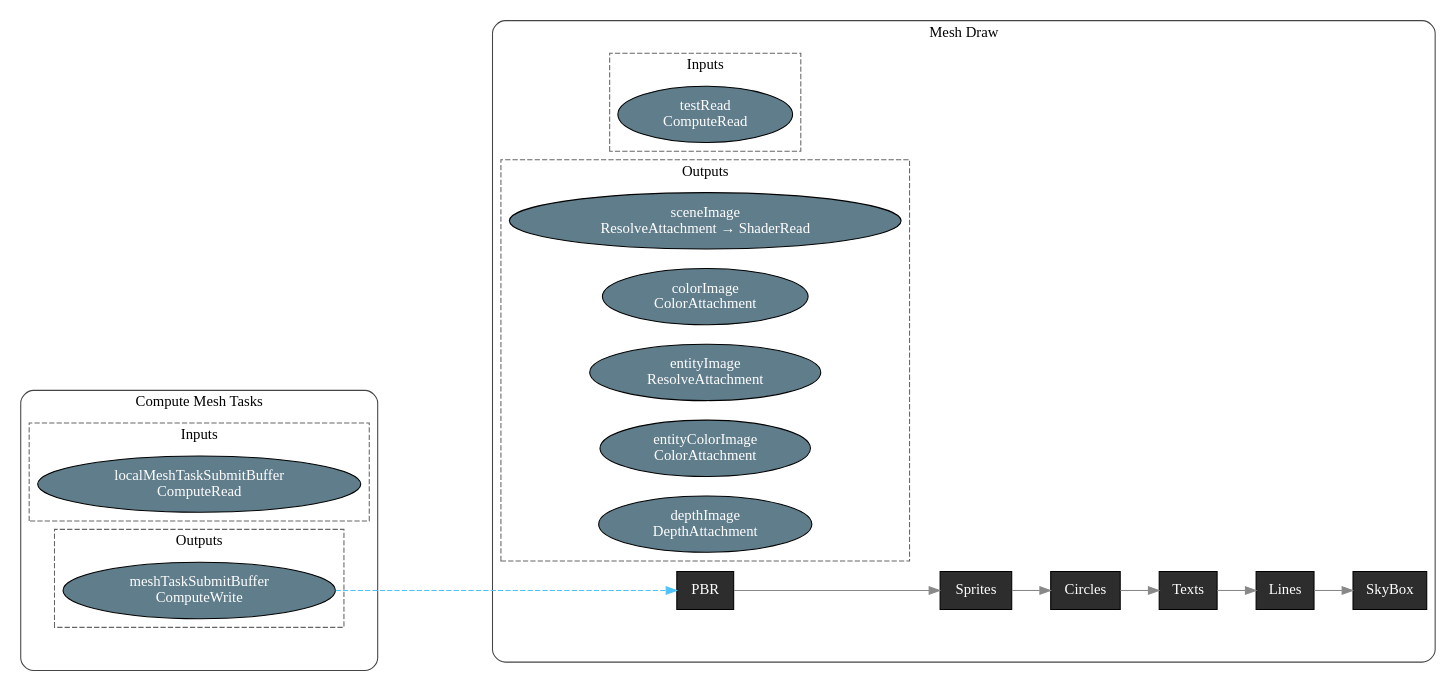
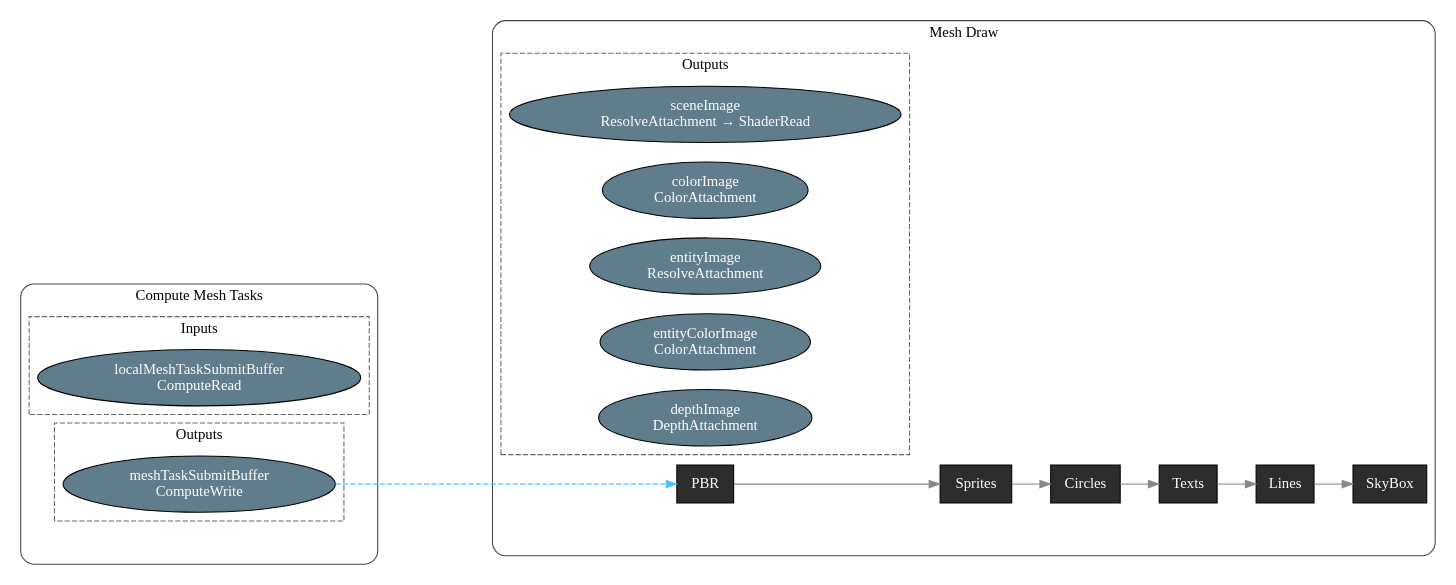
The diagram in VanK-Editor/rendergraph.dot (VanKalanchoe/VulkanTemplate), drawn with Graphviz before and after one commit. The commit also changed 9 other files, not shown here.

```diff
--- a/VanK-Editor/rendergraph.dot
+++ b/VanK-Editor/rendergraph.dot
@@ -1,63 +1,62 @@
 digraph RenderGraph {
   rankdir=LR;
   compound=true;
   node [shape=box, style="filled", fontcolor=white];
   edge [fontcolor=white];
 
   subgraph cluster_pass0 {
     label="Compute Mesh Tasks";
     style=rounded;
     color="#444444";
 
     subgraph cluster_inputs0 {
       label="Inputs";
       style=dashed;
       color="#666666";
-      res_buf2041729968224 [label="localMeshTaskSubmitBuffer\nComputeRead", shape=ellipse, fillcolor="#607D8B"];
+      res_buf1438247292304 [label="localMeshTaskSubmitBuffer\nComputeRead", shape=ellipse, fillcolor="#607D8B"];
     }
     pass0_center [label="Compute Mesh Tasks", width=0, height=0, style=invis];
     subgraph cluster_outputs0 {
       label="Outputs";
       style=dashed;
       color="#666666";
-      res_buf2041729969824 [label="meshTaskSubmitBuffer\nComputeWrite", shape=ellipse, fillcolor="#607D8B"];
+      res_buf1438247295984 [label="meshTaskSubmitBuffer\nComputeWrite", shape=ellipse, fillcolor="#607D8B"];
     }
   }
 
   subgraph cluster_pass1 {
     label="Mesh Draw";
     style=rounded;
     color="#444444";
 
     subgraph cluster_inputs1 {
       label="Inputs";
       style=dashed;
       color="#666666";
-      res_dummy2042077107384 [label="testRead\nComputeRead", shape=ellipse, fillcolor="#607D8B"];
     }
     pass1_sub0 [label="PBR", fillcolor="#2d2d2d"];
     pass1_sub1 [label="Sprites", fillcolor="#2d2d2d"];
     pass1_sub2 [label="Circles", fillcolor="#2d2d2d"];
     pass1_sub3 [label="Texts", fillcolor="#2d2d2d"];
     pass1_sub4 [label="Lines", fillcolor="#2d2d2d"];
     pass1_sub5 [label="SkyBox", fillcolor="#2d2d2d"];
     pass1_sub0 -> pass1_sub1 [color="#888888"];
     pass1_sub1 -> pass1_sub2 [color="#888888"];
     pass1_sub2 -> pass1_sub3 [color="#888888"];
     pass1_sub3 -> pass1_sub4 [color="#888888"];
     pass1_sub4 -> pass1_sub5 [color="#888888"];
     pass1_center [label="Mesh Draw", width=0, height=0, style=invis];
     subgraph cluster_outputs1 {
       label="Outputs";
       style=dashed;
       color="#666666";
-      res_img10 [label="sceneImage\nResolveAttachment → ShaderRead", shape=ellipse, fillcolor="#607D8B"];
-      res_img11 [label="colorImage\nColorAttachment", shape=ellipse, fillcolor="#607D8B"];
-      res_img12 [label="entityImage\nResolveAttachment", shape=ellipse, fillcolor="#607D8B"];
-      res_img13 [label="entityColorImage\nColorAttachment", shape=ellipse, fillcolor="#607D8B"];
-      res_img14 [label="depthImage\nDepthAttachment", shape=ellipse, fillcolor="#607D8B"];
+      res_img12 [label="sceneImage\nResolveAttachment → ShaderRead", shape=ellipse, fillcolor="#607D8B"];
+      res_img13 [label="colorImage\nColorAttachment", shape=ellipse, fillcolor="#607D8B"];
+      res_img14 [label="entityImage\nResolveAttachment", shape=ellipse, fillcolor="#607D8B"];
+      res_img15 [label="entityColorImage\nColorAttachment", shape=ellipse, fillcolor="#607D8B"];
+      res_img16 [label="depthImage\nDepthAttachment", shape=ellipse, fillcolor="#607D8B"];
     }
   }
 
-  res_buf2041729969824 -> pass1_sub0 [label="IndirectRead", color="#4FC3F7", style=dashed];
+  res_buf1438247295984 -> pass1_sub0 [label="IndirectRead", color="#4FC3F7", style=dashed];
 }
```
